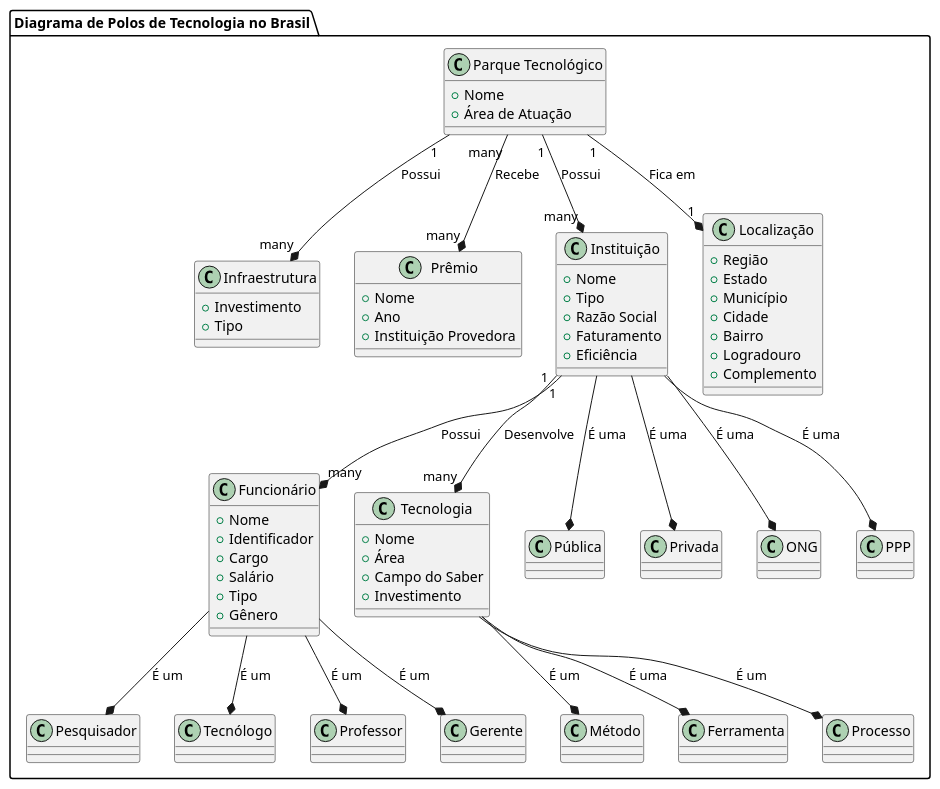
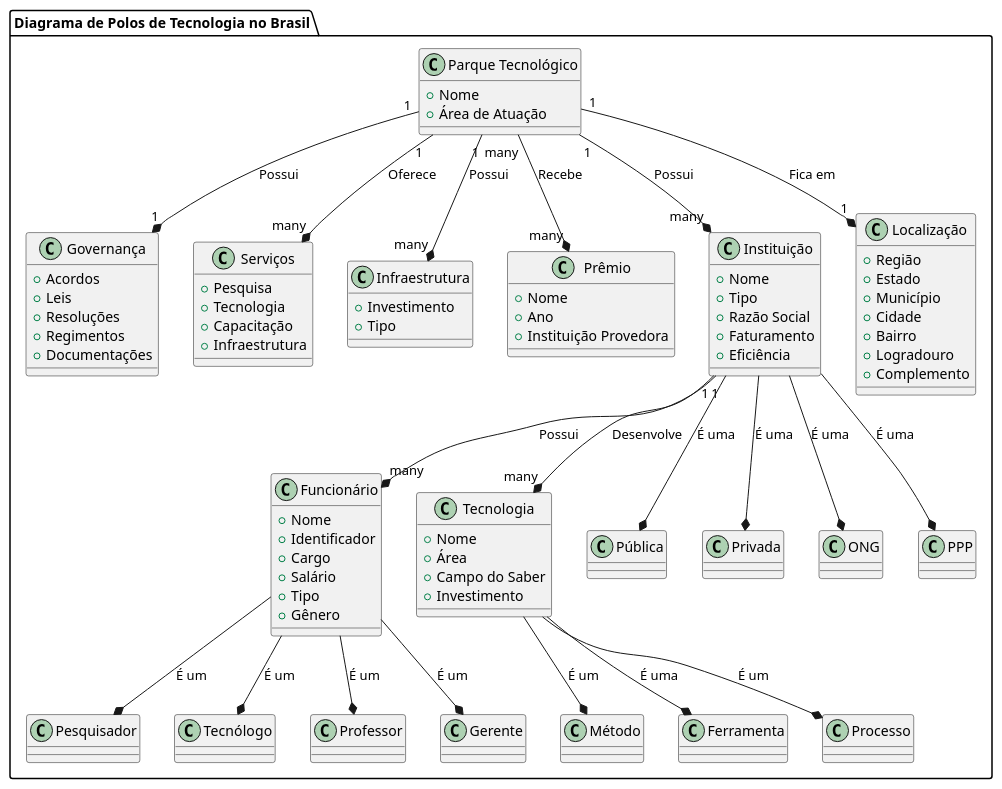
One commit to erneani/it-information-arch changed the diagram in diagram.md. Above: the diagram before and after it, drawn with PlantUML.

Commit message:
feat: add mais coisas

```diff
--- a/diagram.md
+++ b/diagram.md
@@ -8,6 +8,21 @@
   class "Parque Tecnológico" {
     + Nome
     + Área de Atuação
+  }
+
+  class Governança {
+    + Acordos
+    + Leis
+    + Resoluções
+    + Regimentos
+    + Documentações
+  }
+
+  class Serviços {
+    + Pesquisa
+    + Tecnologia
+    + Capacitação
+    + Infraestrutura
   }
 
   class Infraestrutura {
@@ -56,13 +71,15 @@
   }
 
   "Parque Tecnológico" "1" --* "1" "Localização" : Fica em
+  "Parque Tecnológico" "1" --* "1" "Governança" : Possui
   "Parque Tecnológico" "1" --* "many" "Infraestrutura" : Possui
+  "Parque Tecnológico" "1" --* "many" Instituição : Possui
+  "Parque Tecnológico" "1" --* "many" Serviços : Oferece
   "Parque Tecnológico" "many" --* "many" Prêmio : Recebe
 
-  "Parque Tecnológico" "1" --* "many" Instituição : Possui
   "Instituição" "1" --* "many" Funcionário : Possui
+  "Instituição" "1" --* "many" Tecnologia : Desenvolve
 
-  "Instituição" "1" --* "many" Tecnologia : Desenvolve
   "Instituição" --* Pública : É uma
   "Instituição" --* Privada : É uma
   "Instituição" --* ONG : É uma
```
